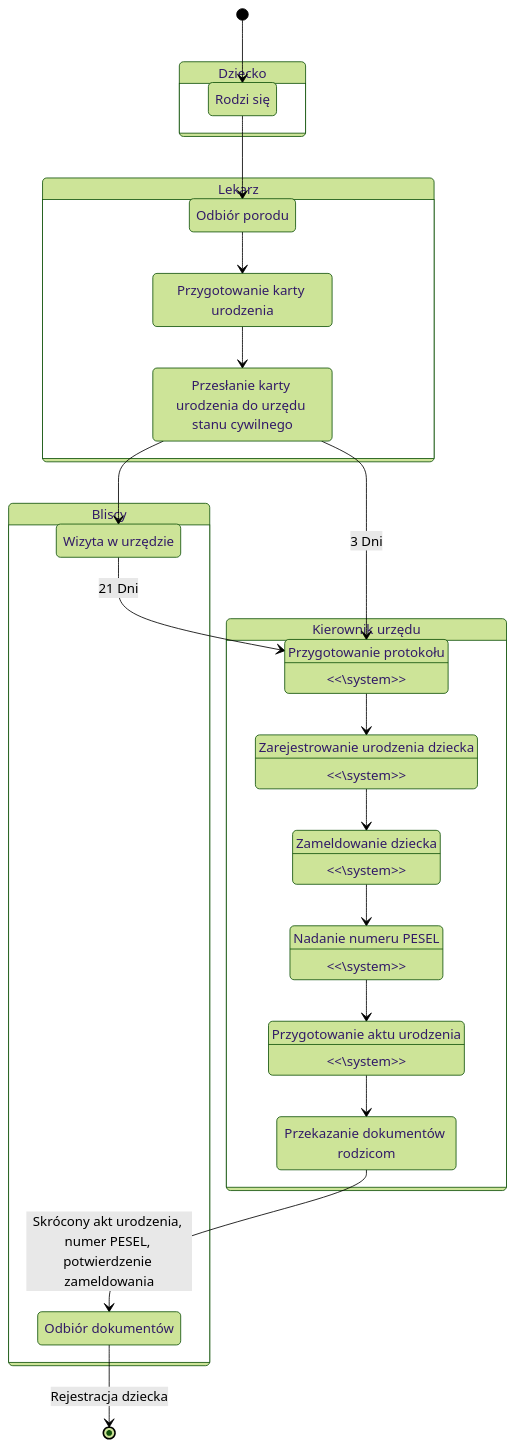
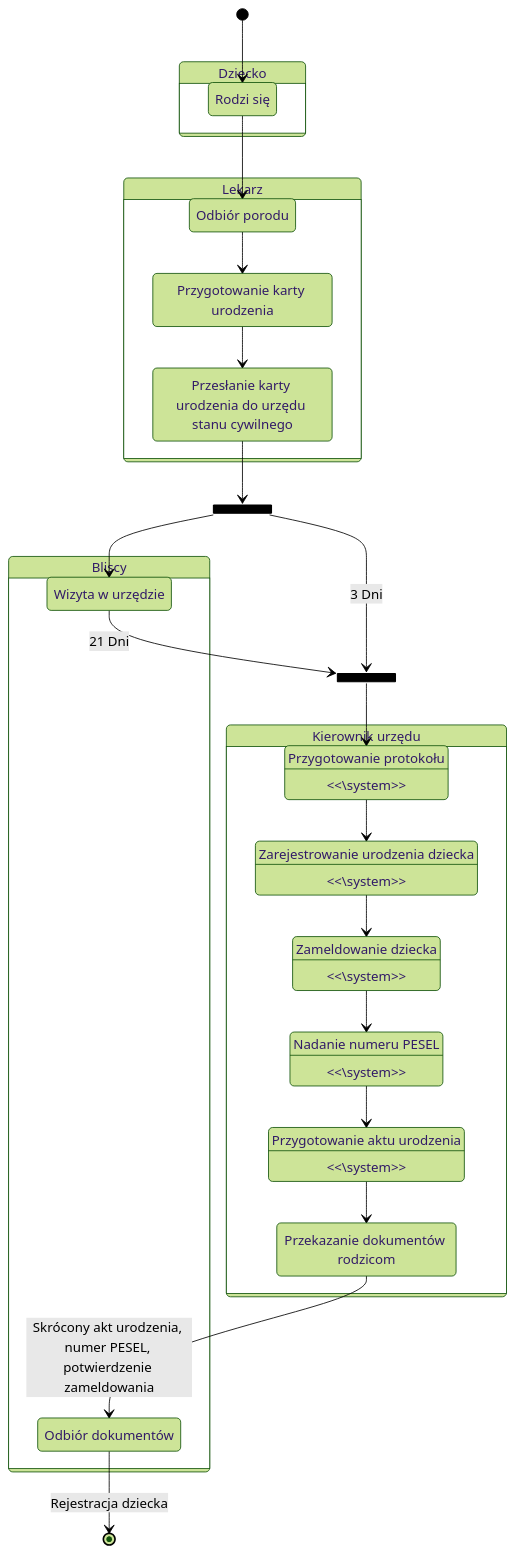
One commit to bartlomiejkrawczyk/ZPI-22Z changed the first of 2 diagrams in README.md. Above: the diagram before and after it, drawn with Mermaid (forest theme).

Commit message:
User fork and join state

````diff
--- a/README.md
+++ b/README.md
@@ -119,49 +119,55 @@
 ```mermaid
 stateDiagram
     [*] --> r1
     state Dziecko {
         direction LR
         state "Rodzi się" as r1
     }
     state Lekarz {
         direction LR
         state "Odbiór porodu" as l1
         state "Przygotowanie karty urodzenia" as l2
         state "Przesłanie karty urodzenia do urzędu stanu cywilnego" as l3
 
         l1 --> l2
         l2 --> l3
     }
 
     r1 --> l1
 
     state Bliscy {
         state "Wizyta w urzędzie" as b1
         state "Odbiór dokumentów" as b2
     }
     state "Kierownik urzędu" as kierownik {
         state "Przygotowanie protokołu" as k1
         state "<<\system>>" as k1
         state "Zarejestrowanie urodzenia dziecka" as k2
         state "<<\system>>" as k2
         state "Zameldowanie dziecka" as k3
         state "<<\system>>" as k3
         state "Nadanie numeru PESEL" as k4
         state "<<\system>>" as k4
         state "Przygotowanie aktu urodzenia" as k5
         state "<<\system>>" as k5
         state "Przekazanie dokumentów rodzicom" as k6
 
         k1 --> k2
         k2 --> k3
         k3 --> k4
         k4 --> k5
         k5 --> k6
     }
 
-    l3 --> k1: 3 Dni
-    l3 --> b1
-    b1 --> k1: 21 Dni
+    state fork_state <<fork>>
+      l3 --> fork_state
+      fork_state --> b1
+
+      state join_state <<join>>
+      b1 --> join_state: 21 Dni
+      join_state --> k1
+      fork_state --> join_state: 3 Dni
+
     k6 --> b2: Skrócony akt urodzenia, numer PESEL, potwierdzenie zameldowania
     b2 --> [*]: Rejestracja dziecka
 ```
````
